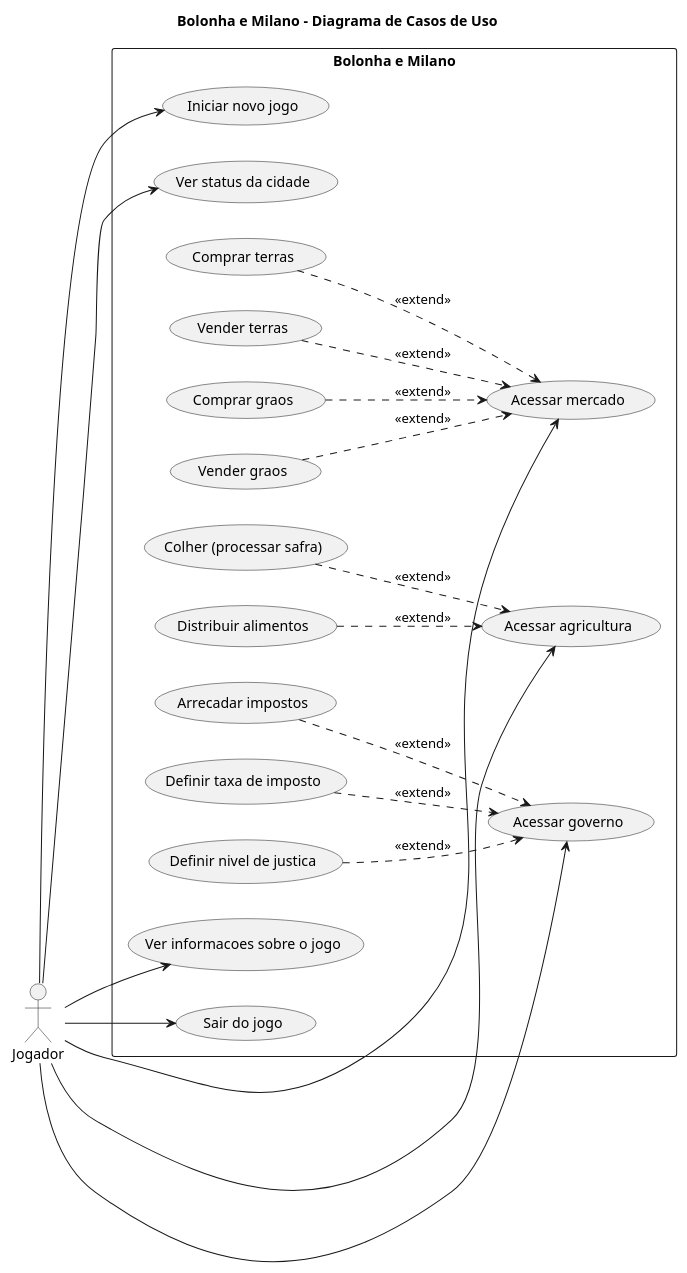
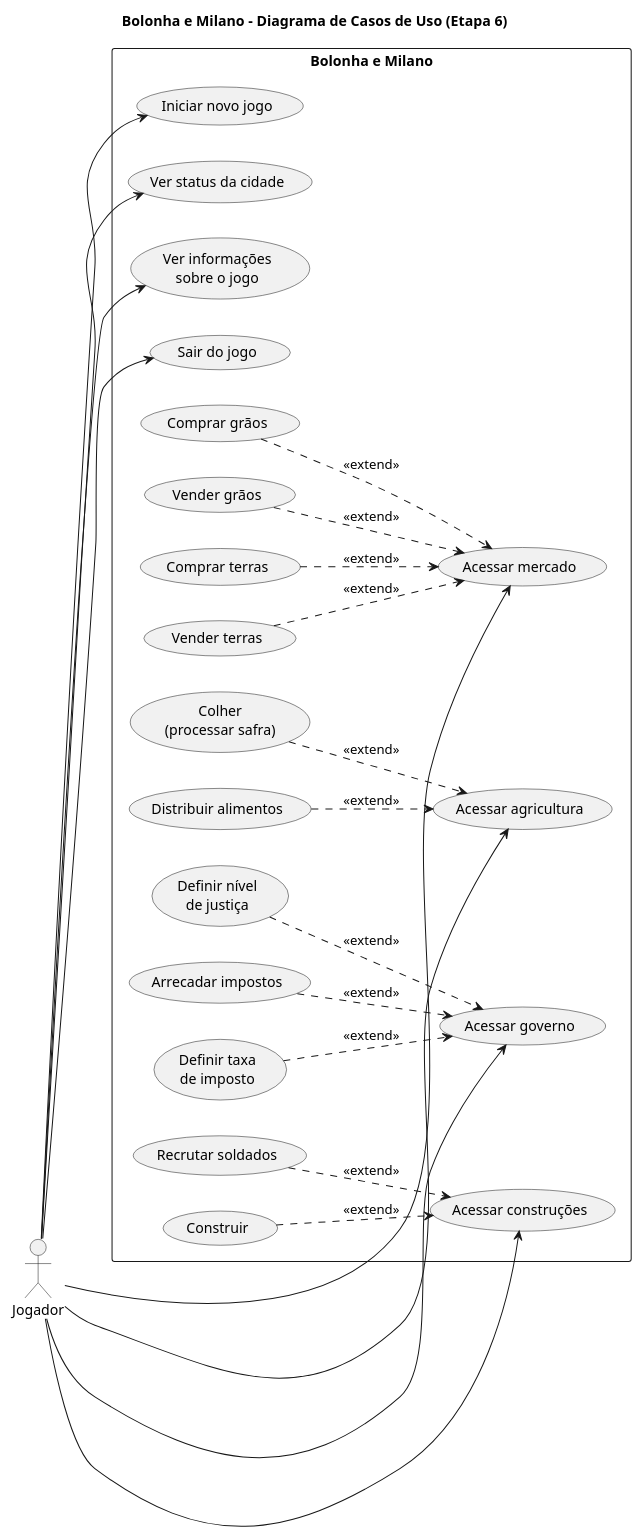
The diagram in diagrama-casos-de-uso.puml (GabrieldasGracas/bolognaemilano), drawn with PlantUML before and after one commit. The commit also changed 5 other files, not shown here.

```diff
--- a/diagrama-casos-de-uso.puml
+++ b/diagrama-casos-de-uso.puml
@@ -2,52 +2,62 @@
 @startuml
-title Bolonha e Milano - Diagrama de Casos de Uso
+title Bolonha e Milano - Diagrama de Casos de Uso (Etapa 6)
 
 left to right direction
+
+skinparam packageStyle rectangle
+skinparam shadowing false
 
 actor Jogador
 
 rectangle "Bolonha e Milano" {
 
     usecase "Iniciar novo jogo" as UC1
     usecase "Ver status da cidade" as UC2
+    usecase "Acessar mercado" as UC3
+    usecase "Acessar agricultura" as UC4
+    usecase "Acessar governo" as UC5
+    usecase "Acessar construções" as UC6
+    usecase "Ver informações\nsobre o jogo" as UC7
+    usecase "Sair do jogo" as UC8
 
-    usecase "Acessar mercado" as UC3
-    usecase "Comprar graos" as UC4
-    usecase "Vender graos" as UC5
-    usecase "Comprar terras" as UC6
-    usecase "Vender terras" as UC7
+    usecase "Comprar grãos" as UC9
+    usecase "Vender grãos" as UC10
+    usecase "Comprar terras" as UC11
+    usecase "Vender terras" as UC12
 
-    usecase "Acessar agricultura" as UC8
-    usecase "Colher (processar safra)" as UC9
-    usecase "Distribuir alimentos" as UC10
+    usecase "Colher\n(processar safra)" as UC13
+    usecase "Distribuir alimentos" as UC14
 
-    usecase "Acessar governo" as UC11
-    usecase "Arrecadar impostos" as UC12
-    usecase "Definir taxa de imposto" as UC13
-    usecase "Definir nivel de justica" as UC14
+    usecase "Arrecadar impostos" as UC15
+    usecase "Definir taxa\nde imposto" as UC16
+    usecase "Definir nível\nde justiça" as UC17
 
-    usecase "Ver informacoes sobre o jogo" as UC15
-    usecase "Sair do jogo" as UC16
+    usecase "Recrutar soldados" as UC18
+    usecase "Construir" as UC19
 }
 
 Jogador --> UC1
 Jogador --> UC2
 Jogador --> UC3
+Jogador --> UC4
+Jogador --> UC5
+Jogador --> UC6
+Jogador --> UC7
 Jogador --> UC8
-Jogador --> UC11
-Jogador --> UC15
-Jogador --> UC16
 
-UC4 ..> UC3 : <<extend>>
-UC5 ..> UC3 : <<extend>>
-UC6 ..> UC3 : <<extend>>
-UC7 ..> UC3 : <<extend>>
+UC9 ..> UC3 : <<extend>>
+UC10 ..> UC3 : <<extend>>
+UC11 ..> UC3 : <<extend>>
+UC12 ..> UC3 : <<extend>>
 
-UC9 ..> UC8 : <<extend>>
-UC10 ..> UC8 : <<extend>>
+UC13 ..> UC4 : <<extend>>
+UC14 ..> UC4 : <<extend>>
 
-UC12 ..> UC11 : <<extend>>
-UC13 ..> UC11 : <<extend>>
-UC14 ..> UC11 : <<extend>>
+UC15 ..> UC5 : <<extend>>
+UC16 ..> UC5 : <<extend>>
+UC17 ..> UC5 : <<extend>>
+
+UC18 ..> UC6 : <<extend>>
+UC19 ..> UC6 : <<extend>>
 
 @enduml
```
